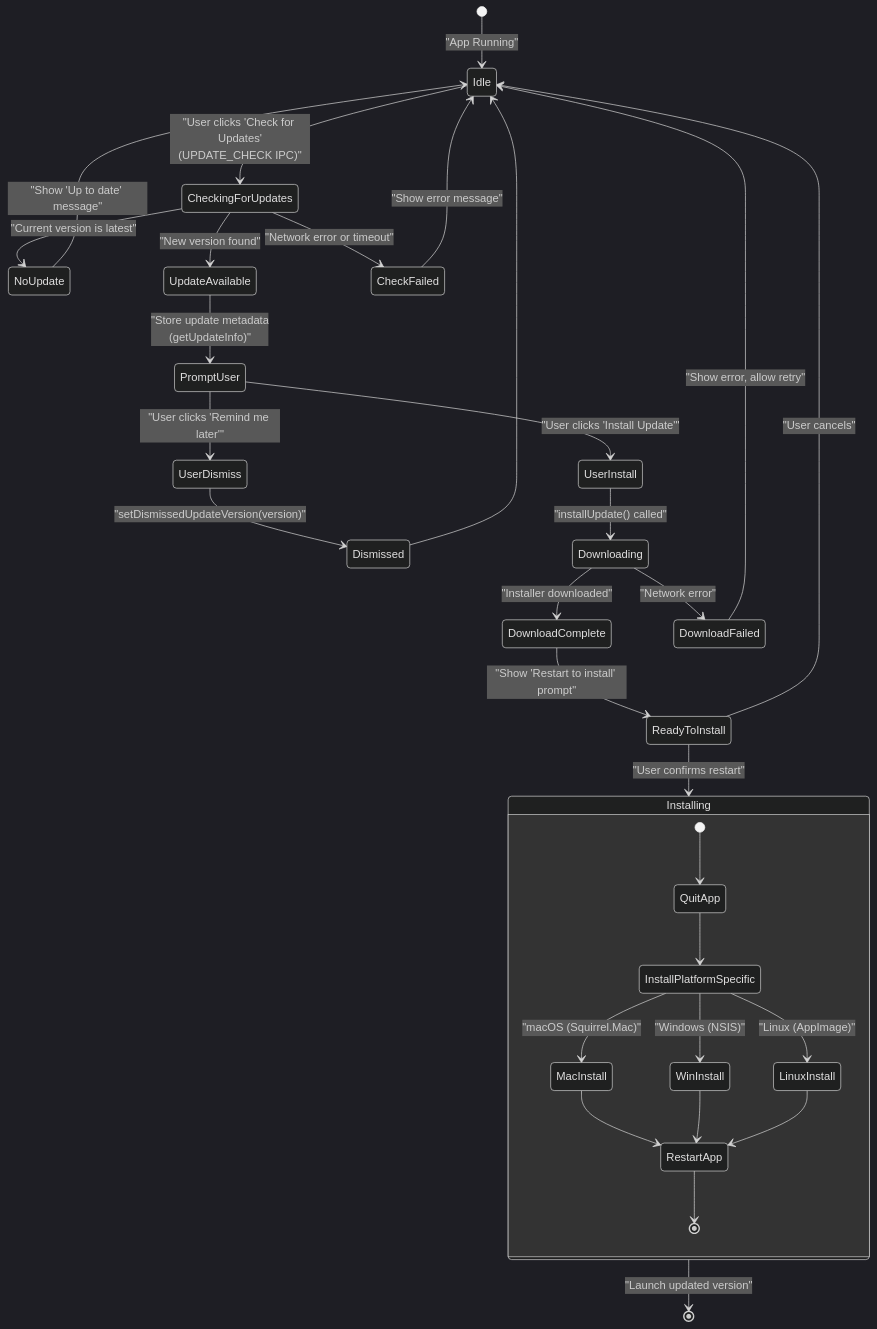
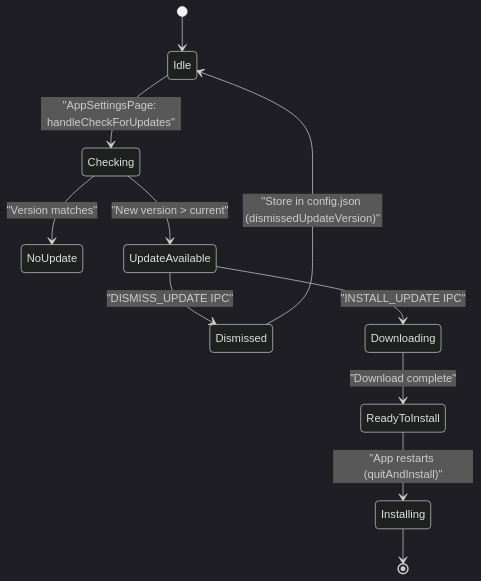
Before and after one commit to blackcater/zentree: the second of 2 diagrams in docs/lukilabs_craft-agents-oss/building-and-distribution/self-update-system.md, drawn with Mermaid (dark theme). The commit also changed other lines of this file and 232 other files, not shown here.

````diff
--- a/docs/lukilabs_craft-agents-oss/building-and-distribution/self-update-system.md
+++ b/docs/lukilabs_craft-agents-oss/building-and-distribution/self-update-system.md
@@ -164,51 +87,16 @@
 ```mermaid
 stateDiagram-v2
-    [*] --> Idle: "App Running"
-
-    Idle --> CheckingForUpdates: "User clicks 'Check for Updates'<br/>(UPDATE_CHECK IPC)"
-
-    CheckingForUpdates --> NoUpdate: "Current version is latest"
-    CheckingForUpdates --> UpdateAvailable: "New version found"
-    CheckingForUpdates --> CheckFailed: "Network error or timeout"
-
-    NoUpdate --> Idle: "Show 'Up to date' message"
-    CheckFailed --> Idle: "Show error message"
-
-    UpdateAvailable --> PromptUser: "Store update metadata<br/>(getUpdateInfo)"
-
-    PromptUser --> UserDismiss: "User clicks 'Remind me later'"
-    PromptUser --> UserInstall: "User clicks 'Install Update'"
-
-    UserDismiss --> Dismissed: "setDismissedUpdateVersion(version)"
-    Dismissed --> Idle
-
-    UserInstall --> Downloading: "installUpdate() called"
-
-    Downloading --> DownloadComplete: "Installer downloaded"
-    Downloading --> DownloadFailed: "Network error"
-
-    DownloadFailed --> Idle: "Show error, allow retry"
-
-    DownloadComplete --> ReadyToInstall: "Show 'Restart to install' prompt"
-
-    ReadyToInstall --> Installing: "User confirms restart"
-    ReadyToInstall --> Idle: "User cancels"
-
-    state Installing {
-        [*] --> QuitApp
-        QuitApp --> InstallPlatformSpecific
-
-        state InstallPlatformSpecific <<choice>>
-        InstallPlatformSpecific --> MacInstall: "macOS (Squirrel.Mac)"
-        InstallPlatformSpecific --> WinInstall: "Windows (NSIS)"
-        InstallPlatformSpecific --> LinuxInstall: "Linux (AppImage)"
-
-        MacInstall --> RestartApp
-        WinInstall --> RestartApp
-        LinuxInstall --> RestartApp
-
-        RestartApp --> [*]
-    }
-
-    Installing --> [*]: "Launch updated version"
+    [*] --> Idle
+    Idle --> Checking: "AppSettingsPage: handleCheckForUpdates"
+    Checking --> NoUpdate: "Version matches"
+    Checking --> UpdateAvailable: "New version > current"
+    
+    UpdateAvailable --> Dismissed: "DISMISS_UPDATE IPC"
+    UpdateAvailable --> Downloading: "INSTALL_UPDATE IPC"
+    
+    Dismissed --> Idle: "Store in config.json (dismissedUpdateVersion)"
+    
+    Downloading --> ReadyToInstall: "Download complete"
+    ReadyToInstall --> Installing: "App restarts (quitAndInstall)"
+    Installing --> [*]
 ```
````
